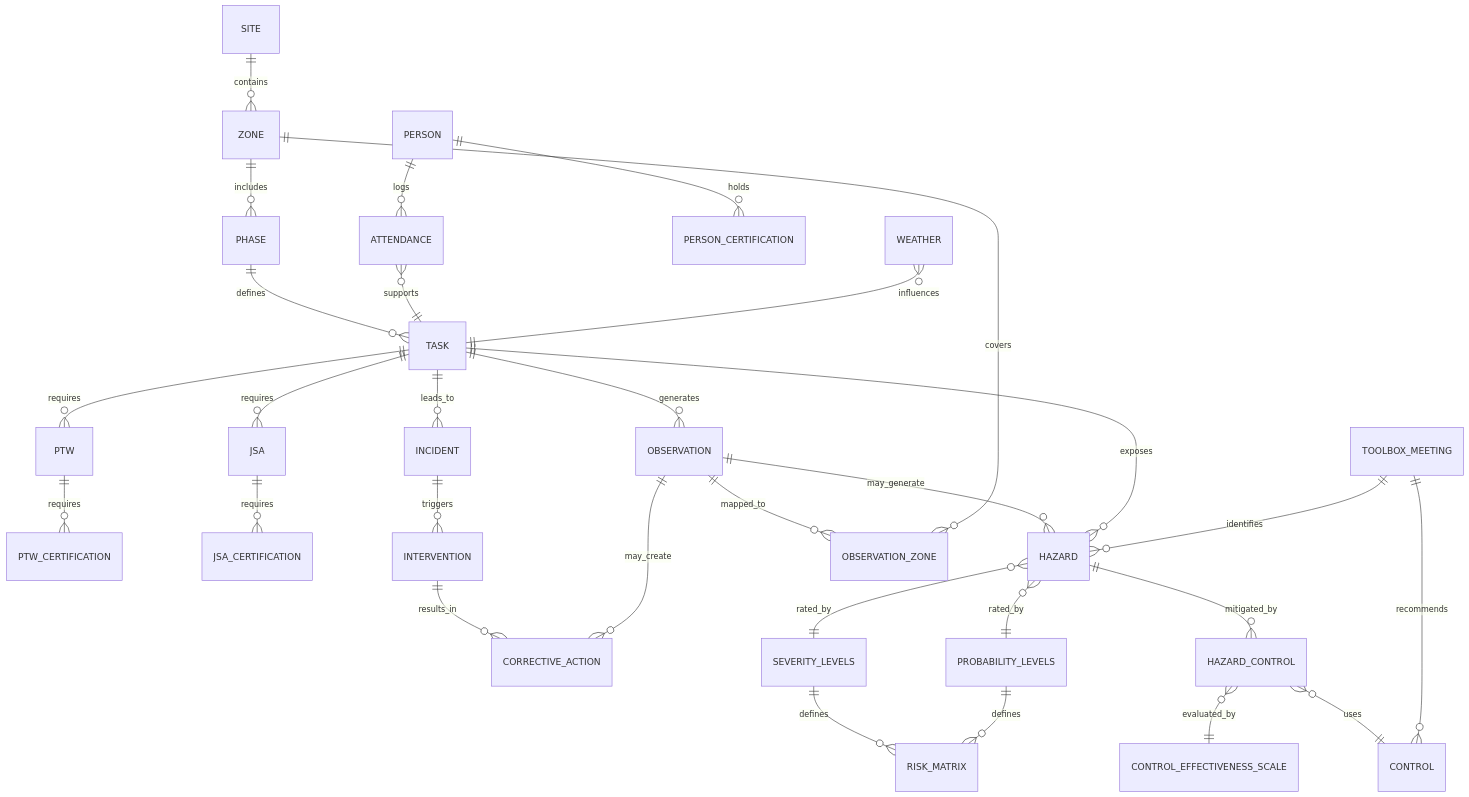
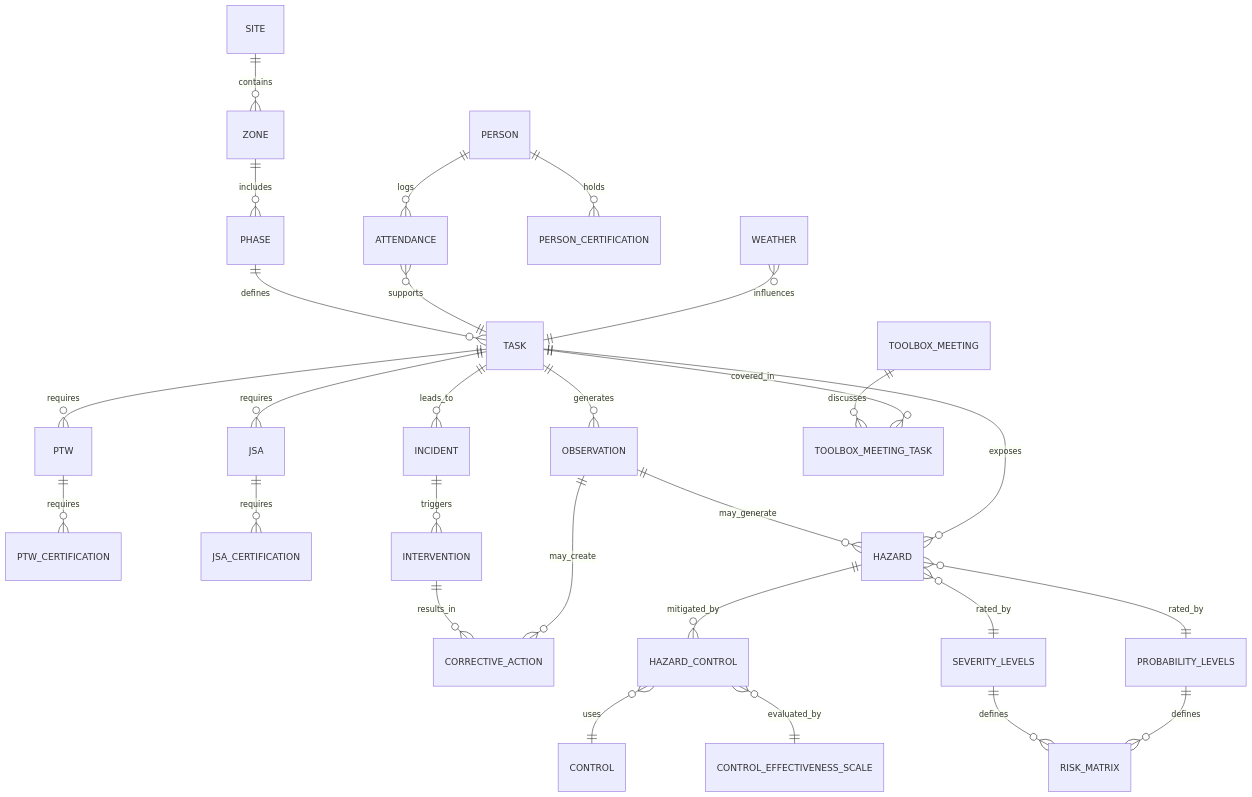
The second of 2 diagrams in README.md (Euchie23/Euchie23), drawn with Mermaid before and after one commit.

````diff
--- a/README.md
+++ b/README.md
@@ -129,45 +129,40 @@
 ```mermaid
 erDiagram
     SITE ||--o{ ZONE : contains
     ZONE ||--o{ PHASE : includes
     PHASE ||--o{ TASK : defines
 
     PERSON ||--o{ ATTENDANCE : logs
     ATTENDANCE }o--|| TASK : supports
 
     TASK ||--o{ PTW : requires
     TASK ||--o{ JSA : requires
 
     PERSON ||--o{ PERSON_CERTIFICATION : holds
     PTW ||--o{ PTW_CERTIFICATION : requires
     JSA ||--o{ JSA_CERTIFICATION : requires
 
     TASK ||--o{ INCIDENT : leads_to
     INCIDENT ||--o{ INTERVENTION : triggers
     INTERVENTION ||--o{ CORRECTIVE_ACTION : results_in
 
     TASK ||--o{ OBSERVATION : generates
     OBSERVATION ||--o{ HAZARD : may_generate
     OBSERVATION ||--o{ CORRECTIVE_ACTION : may_create
 
-    %% NEW — observation can span zones
-    OBSERVATION ||--o{ OBSERVATION_ZONE : mapped_to
-    ZONE ||--o{ OBSERVATION_ZONE : covers
-
     TASK ||--o{ HAZARD : exposes
     HAZARD ||--o{ HAZARD_CONTROL : mitigated_by
     HAZARD_CONTROL }o--|| CONTROL : uses
 
-    %% Risk Engine (must stay visible)
     HAZARD }o--|| SEVERITY_LEVELS : rated_by
     HAZARD }o--|| PROBABILITY_LEVELS : rated_by
     SEVERITY_LEVELS ||--o{ RISK_MATRIX : defines
     PROBABILITY_LEVELS ||--o{ RISK_MATRIX : defines
+
     HAZARD_CONTROL }o--|| CONTROL_EFFECTIVENESS_SCALE : evaluated_by
 
-    %% NEW — Toolbox meetings feed hazards & controls
-    TOOLBOX_MEETING ||--o{ HAZARD : identifies
-    TOOLBOX_MEETING ||--o{ CONTROL : recommends
+    WEATHER }o--|| TASK : influences
 
-    WEATHER }o--|| TASK : influences
+    TOOLBOX_MEETING ||--o{ TOOLBOX_MEETING_TASK : discusses
+    TASK ||--o{ TOOLBOX_MEETING_TASK : covered_in
 ```
````
